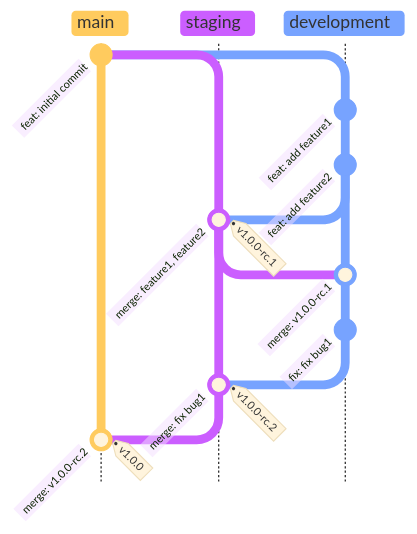
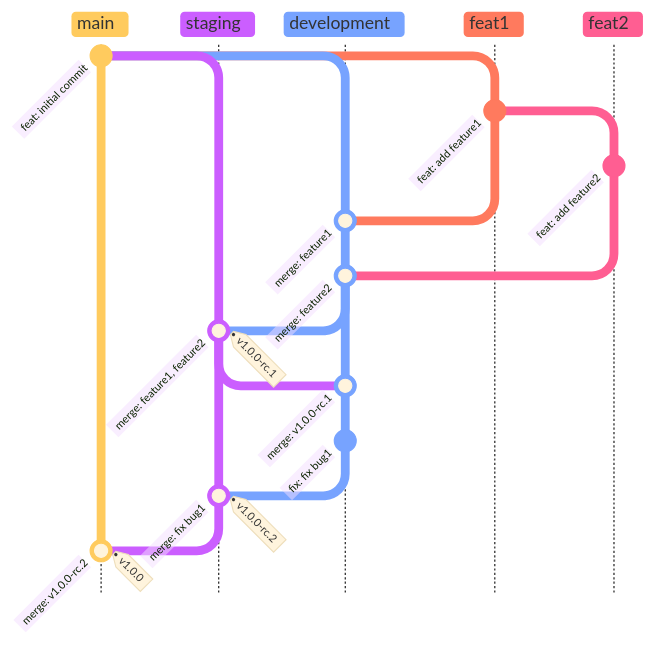
Before and after one commit to jjjermiah/snakemake-kubernetes-api: the diagram in docs/GitFlow-Process_ReleaseCycle.md, drawn with Mermaid.

Commit message:
fix: update diagram

````diff
--- a/docs/GitFlow-Process_ReleaseCycle.md
+++ b/docs/GitFlow-Process_ReleaseCycle.md
@@ -29,20 +29,24 @@
 ``` mermaid
 %%{init: { 'logLevel': 'debug', 'theme': 'base' } }%%
 gitGraph TB:
     checkout main
     commit id: "feat: initial commit"
     branch staging
     branch development
+    branch feat1
+    commit id: "feat: add feature1"
+    branch feat2
+    commit id: "feat: add feature2"
     checkout development
-    commit id: "feat: add feature1"
-    commit id: "feat: add feature2"
+    merge feat1 id: "merge: feature1"
+    merge feat2 id: "merge: feature2"
     checkout staging
     merge development id: "merge: feature1, feature2" tag: "v1.0.0-rc.1"
     checkout development
     merge staging id: "merge: v1.0.0-rc.1"
     commit id: "fix: fix bug1"
     checkout staging
     merge development id: "merge: fix bug1" tag: "v1.0.0-rc.2"
     checkout main
     merge staging id: "merge: v1.0.0-rc.2" tag: "v1.0.0"
 ```
````
